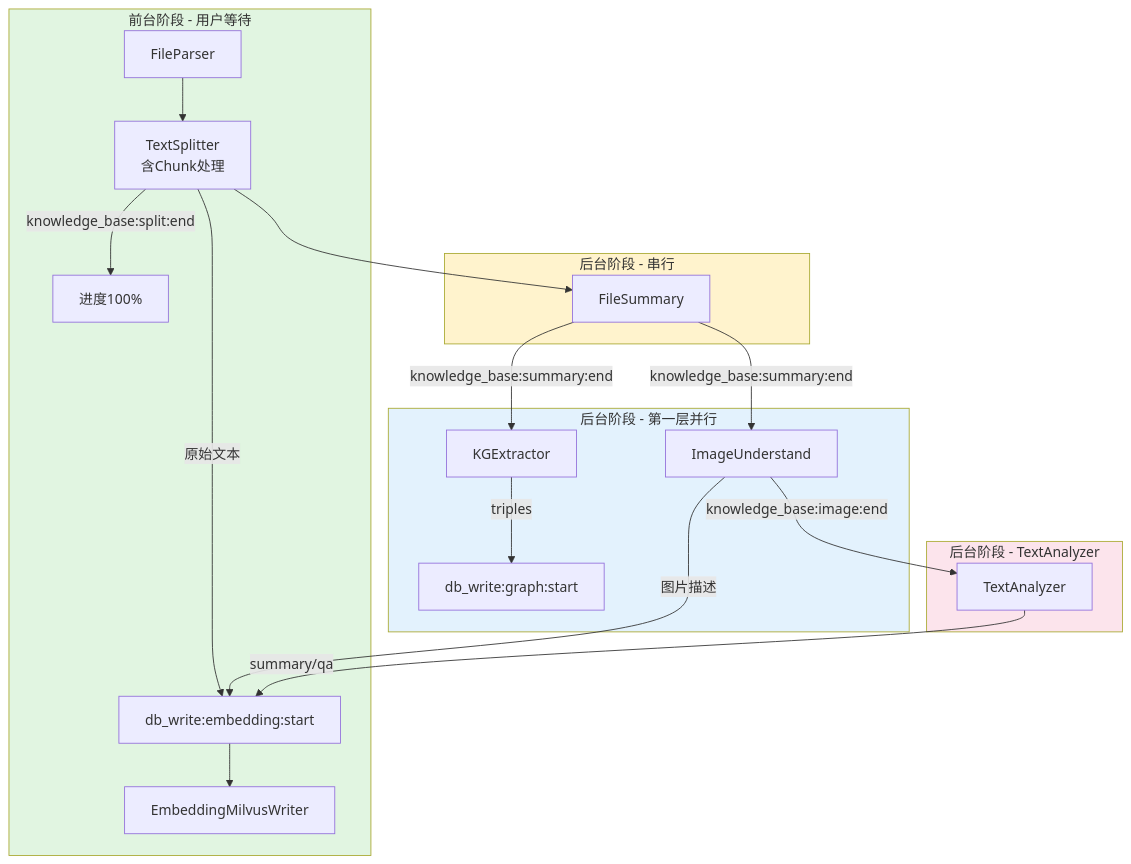
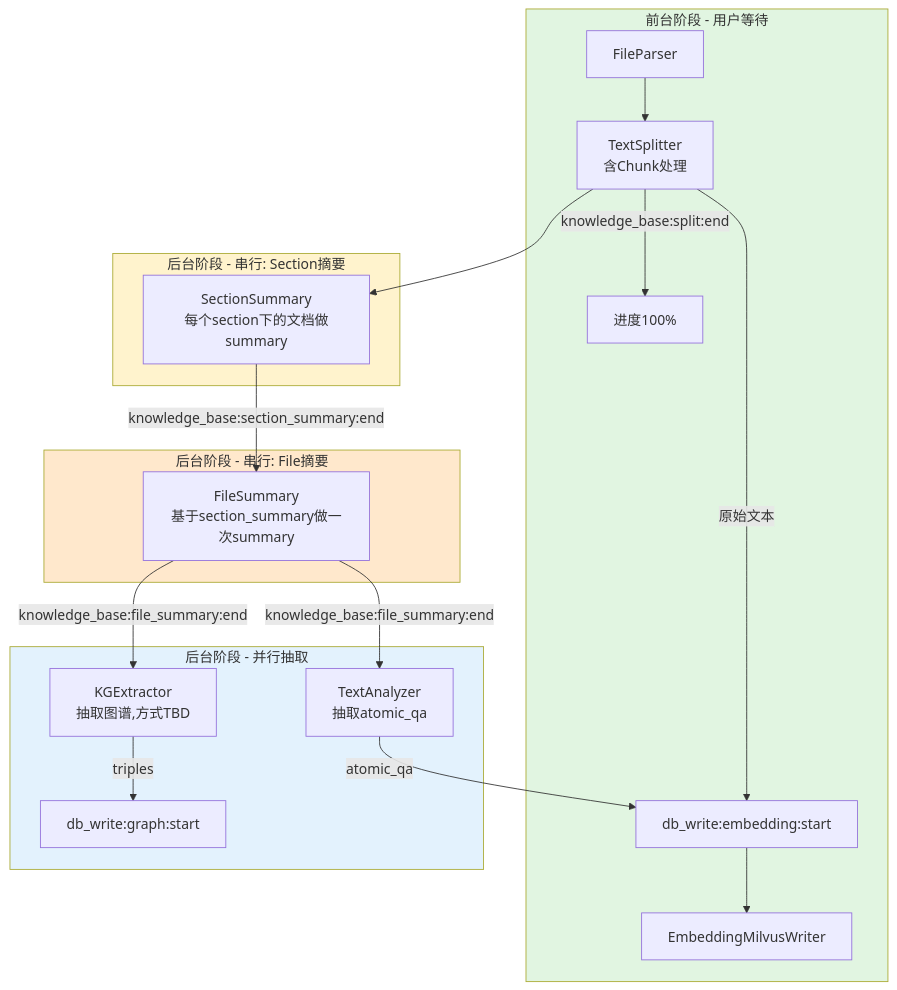
One commit to caixiongjiang/agentic_knowledge_system changed the third of 12 diagrams in docs/通用文件和工作空间文件知识库/通用文件索引高性能架构设计.md. Above: the diagram before and after it, drawn with Mermaid. The commit also changed other lines of this file and 3 other files, not shown here.

````diff
--- a/docs/通用文件和工作空间文件知识库/通用文件索引高性能架构设计.md
+++ b/docs/通用文件和工作空间文件知识库/通用文件索引高性能架构设计.md
@@ -165,31 +184,30 @@
 ```mermaid
 graph TD
     subgraph 前台阶段[前台阶段 - 用户等待]
         A[FileParser] --> B[TextSplitter<br/>含Chunk处理]
         B -->|knowledge_base:split:end| E[进度100%]
         B -->|原始文本| C[db_write:embedding:start]
         C --> D[EmbeddingMilvusWriter]
     end
     
-    subgraph 后台串行[后台阶段 - 串行]
-        B --> F[FileSummary]
+    subgraph 后台串行1[后台阶段 - 串行: Section摘要]
+        B --> F1[SectionSummary<br/>每个section下的文档做summary]
     end
     
-    subgraph 后台并行1[后台阶段 - 第一层并行]
-        F -->|knowledge_base:summary:end| G[KGExtractor]
-        F -->|knowledge_base:summary:end| H[ImageUnderstand]
+    subgraph 后台串行2[后台阶段 - 串行: File摘要]
+        F1 -->|knowledge_base:section_summary:end| F2[FileSummary<br/>基于section_summary做一次summary]
+    end
+    
+    subgraph 后台并行[后台阶段 - 并行抽取]
+        F2 -->|knowledge_base:file_summary:end| G[KGExtractor<br/>抽取图谱,方式TBD]
+        F2 -->|knowledge_base:file_summary:end| H[TextAnalyzer<br/>抽取atomic_qa]
         
         G -->|triples| I[db_write:graph:start]
-        H -->|图片描述| C
-    end
-    
-    subgraph 后台串行2[后台阶段 - TextAnalyzer]
-        H -->|knowledge_base:image:end| J[TextAnalyzer]
-        J -->|summary/qa| C
+        H -->|atomic_qa| C
     end
     
     style 前台阶段 fill:#e1f5e1
-    style 后台串行 fill:#fff3cd
-    style 后台并行1 fill:#e3f2fd
-    style 后台串行2 fill:#fce4ec
+    style 后台串行1 fill:#fff3cd
+    style 后台串行2 fill:#ffe8cc
+    style 后台并行 fill:#e3f2fd
 ```
````
